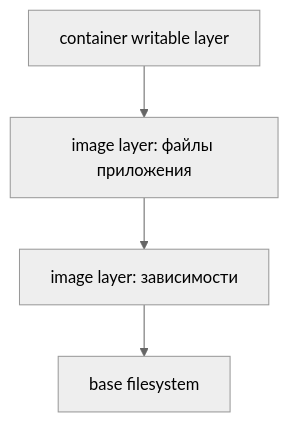
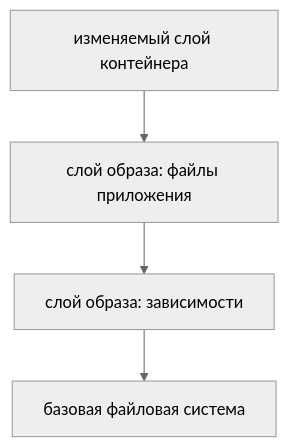
Before and after one commit to leary1337/vault: the diagram in docs/containers/docker/images-and-layers.md, drawn with Mermaid (neutral theme). The commit also changed other lines of this file and 325 other files, not shown here.

````diff
--- a/docs/containers/docker/images-and-layers.md
+++ b/docs/containers/docker/images-and-layers.md
@@ -39,6 +23,6 @@
 ```mermaid
 flowchart TB
-    C["container writable layer"] --> I2["image layer: файлы приложения"]
-    I2 --> I1["image layer: зависимости"]
-    I1 --> B["base filesystem"]
+    C["изменяемый слой контейнера"] --> I2["слой образа: файлы приложения"]
+    I2 --> I1["слой образа: зависимости"]
+    I1 --> B["базовая файловая система"]
 ```
````
